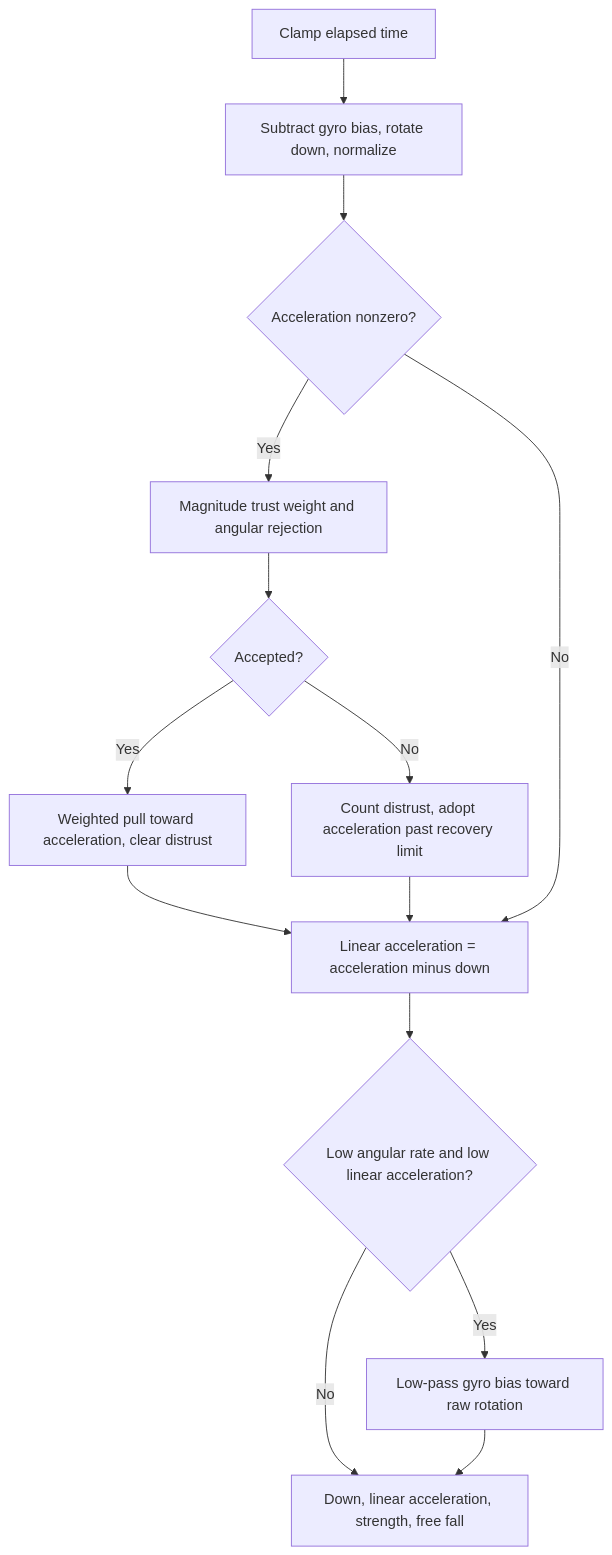
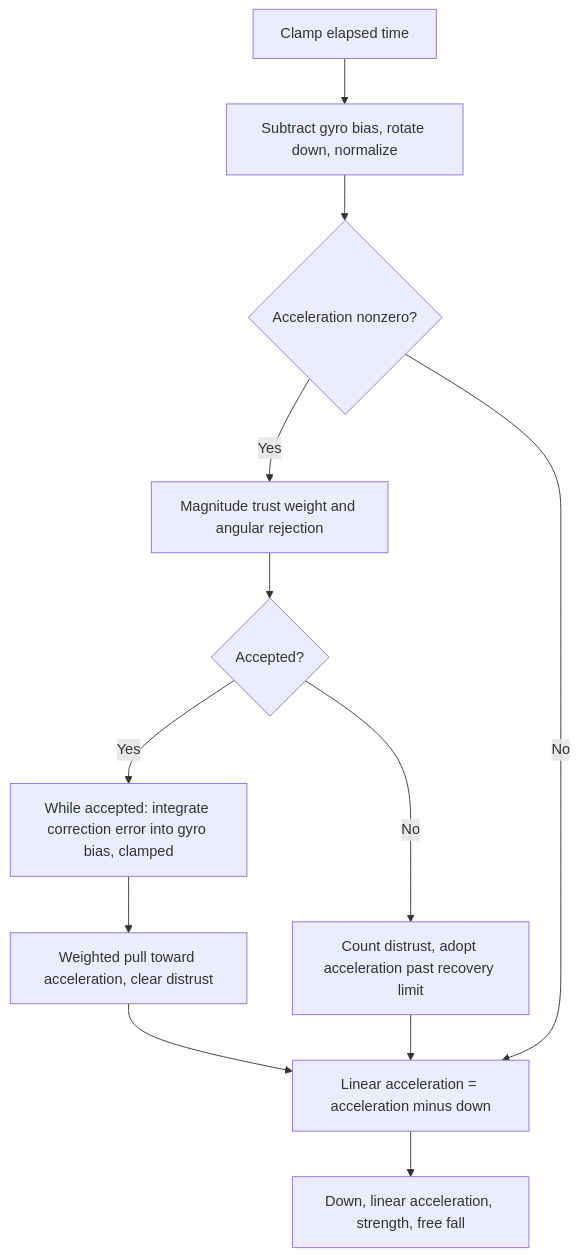
The second of 2 diagrams in docs/notes/Input-and-Sensors.md (jose-villegas/autana), drawn with Mermaid before and after one commit. The commit also changed other lines of this file and 5 other files, not shown here.

Commit message:
input: integrate accepted gravity error into gyro bias

````diff
--- a/docs/notes/Input-and-Sensors.md
+++ b/docs/notes/Input-and-Sensors.md
@@ -221,16 +221,14 @@
 ```mermaid
 flowchart TD
     Clamp[Clamp elapsed time] --> Rotate[Subtract gyro bias, rotate down, normalize]
     Rotate --> Nonzero{Acceleration nonzero?}
     Nonzero -->|Yes| Trust[Magnitude trust weight and angular rejection]
     Trust --> Accepted{Accepted?}
-    Accepted -->|Yes| Pull[Weighted pull toward acceleration, clear distrust]
+    Accepted -->|Yes| Bias[While accepted: integrate correction error into gyro bias, clamped]
     Accepted -->|No| Recover[Count distrust, adopt acceleration past recovery limit]
+    Bias --> Pull[Weighted pull toward acceleration, clear distrust]
     Pull --> Linear[Linear acceleration = acceleration minus down]
     Recover --> Linear
     Nonzero -->|No| Linear
-    Linear --> Still{Low angular rate and low linear acceleration?}
-    Still -->|Yes| Bias[Low-pass gyro bias toward raw rotation]
-    Still -->|No| Output[Down, linear acceleration, strength, free fall]
-    Bias --> Output
+    Linear --> Output[Down, linear acceleration, strength, free fall]
 ```
````
